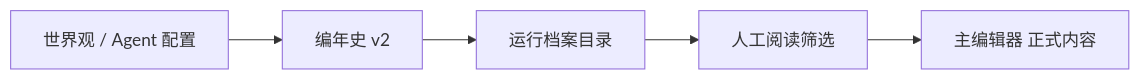
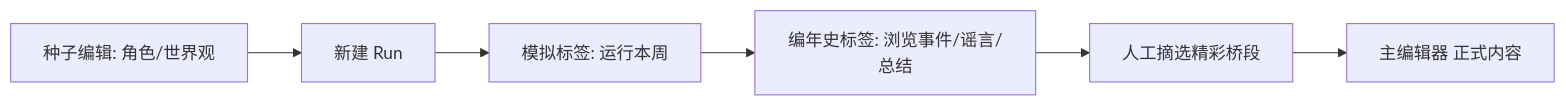
Before and after one commit to wubugui/GDoc: the diagram in docs/editors/sim-domain/chronicle-sim-v2.md, drawn with Mermaid. The commit also changed other lines of this file and 112 other files, not shown here.

````diff
--- a/docs/editors/sim-domain/chronicle-sim-v2.md
+++ b/docs/editors/sim-domain/chronicle-sim-v2.md
@@ -81,7 +37,8 @@
 ```mermaid
 flowchart LR
-  CFG[世界观 / Agent 配置] --> V2[编年史 v2]
-  V2 --> ARCH[运行档案目录]
-  ARCH --> READ[人工阅读筛选]
-  READ --> ED[主编辑器 正式内容]
+  SEED[种子编辑: 角色/世界观] --> RUN[新建 Run]
+  RUN --> SIM[模拟标签: 运行本周]
+  SIM --> ARCH[编年史标签: 浏览事件/谣言/总结]
+  ARCH --> PICK[人工摘选精彩桥段]
+  PICK --> ED[主编辑器 正式内容]
 ```
````
